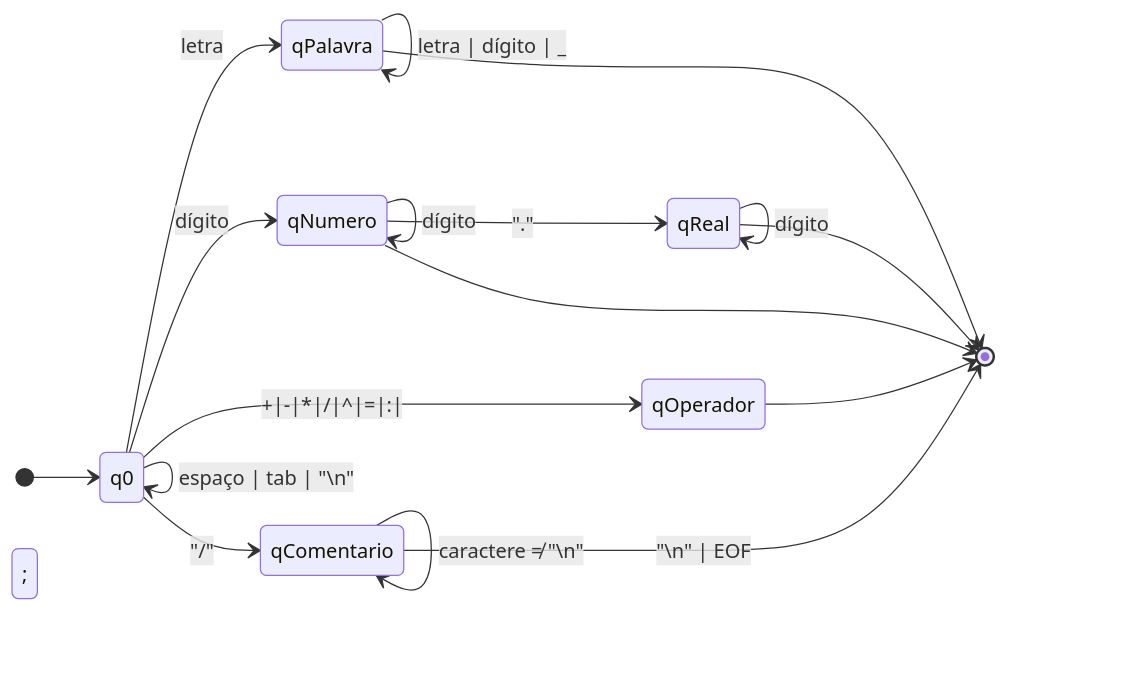
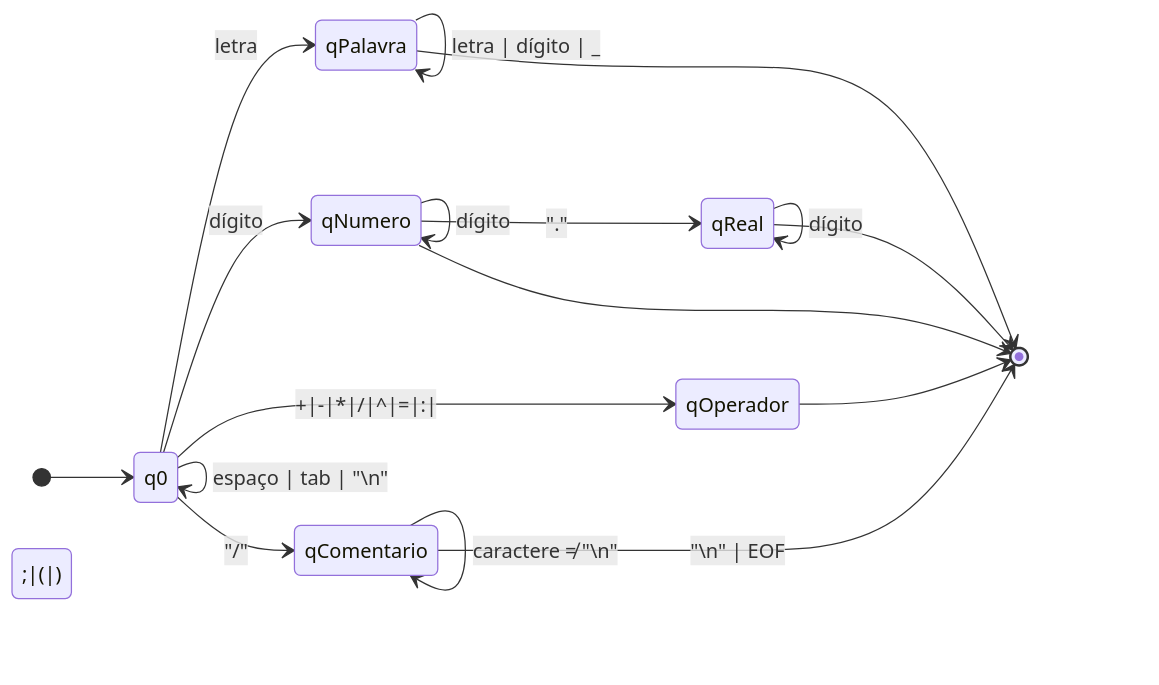
Before and after one commit to joaoLopesLenharo/compilador-pilang: the eighth of 8 diagrams in README.md, drawn with Mermaid. The commit also changed other lines of this file and 14 other files, not shown here.

````diff
--- a/README.md
+++ b/README.md
@@ -244,20 +318,20 @@
 ```mermaid
 stateDiagram-v2
     direction LR
     [*] --> q0
     q0 --> qPalavra: letra
     q0 --> qNumero: dígito
-    q0 --> qOperador: +|-|*|/|^|=|:|;
+    q0 --> qOperador: +|-|*|/|^|=|:|;|(|)
     q0 --> qComentario: "/"
     q0 --> q0: espaço | tab | "\n"
     qPalavra --> qPalavra: letra | dígito | _
     qPalavra --> [*]
     qNumero --> qNumero: dígito
     qNumero --> qReal: "."
     qReal --> qReal: dígito
     qNumero --> [*]
     qReal --> [*]
     qOperador --> [*]
     qComentario --> qComentario: caractere ≠ "\n"
     qComentario --> [*]: "\n" | EOF
 ```
````
